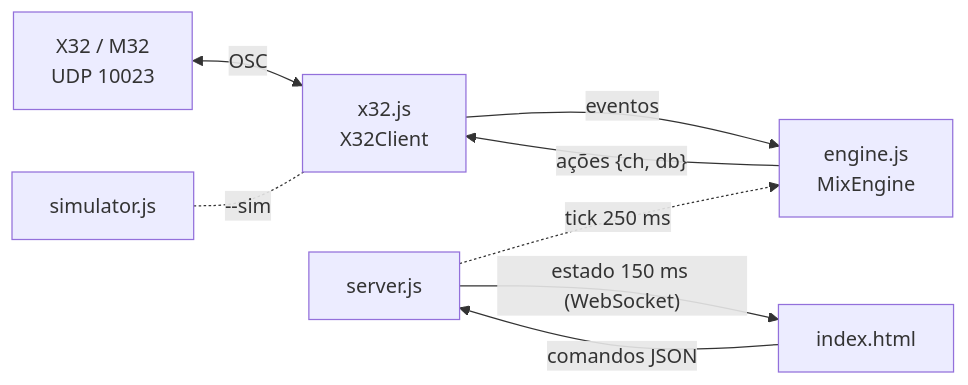
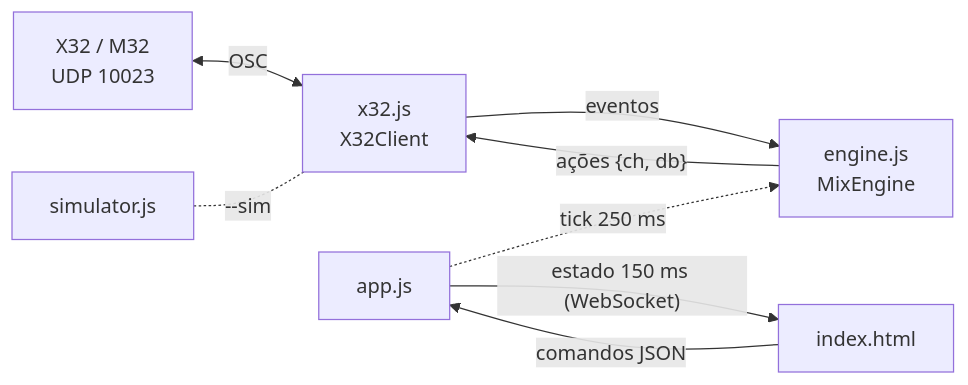
One commit to gutoglup/mixTree changed the diagram in README.md. Above: the diagram before and after it, drawn with Mermaid. The commit also changed other lines of this file and 16 other files, not shown here.

````diff
--- a/README.md
+++ b/README.md
@@ -214,10 +218,10 @@
 ```mermaid
 flowchart LR
   M[X32 / M32<br/>UDP 10023] <-- OSC --> C[x32.js<br/>X32Client]
   C -- eventos --> E[engine.js<br/>MixEngine]
   E -- "ações {ch, db}" --> C
-  S[server.js] -. "tick 250 ms" .-> E
+  S[app.js] -. "tick 250 ms" .-> E
   S -- "estado 150 ms (WebSocket)" --> U[index.html]
   U -- comandos JSON --> S
   SIM[simulator.js] -. "--sim" .- C
 ```
````
